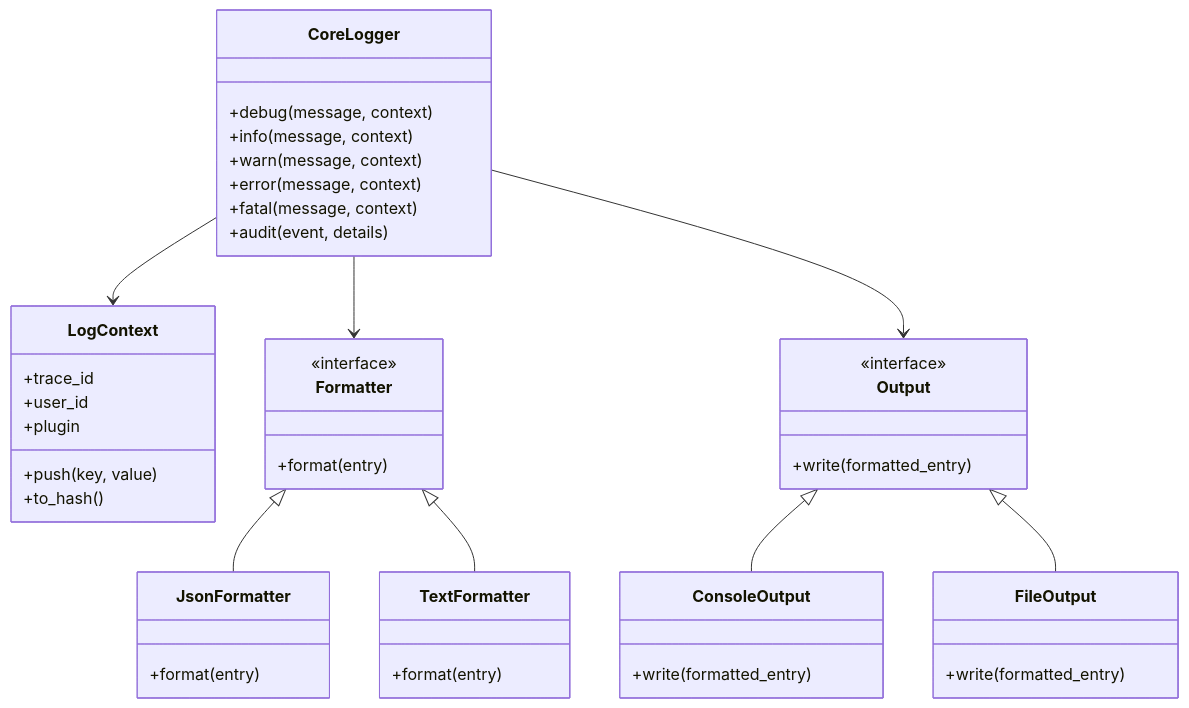
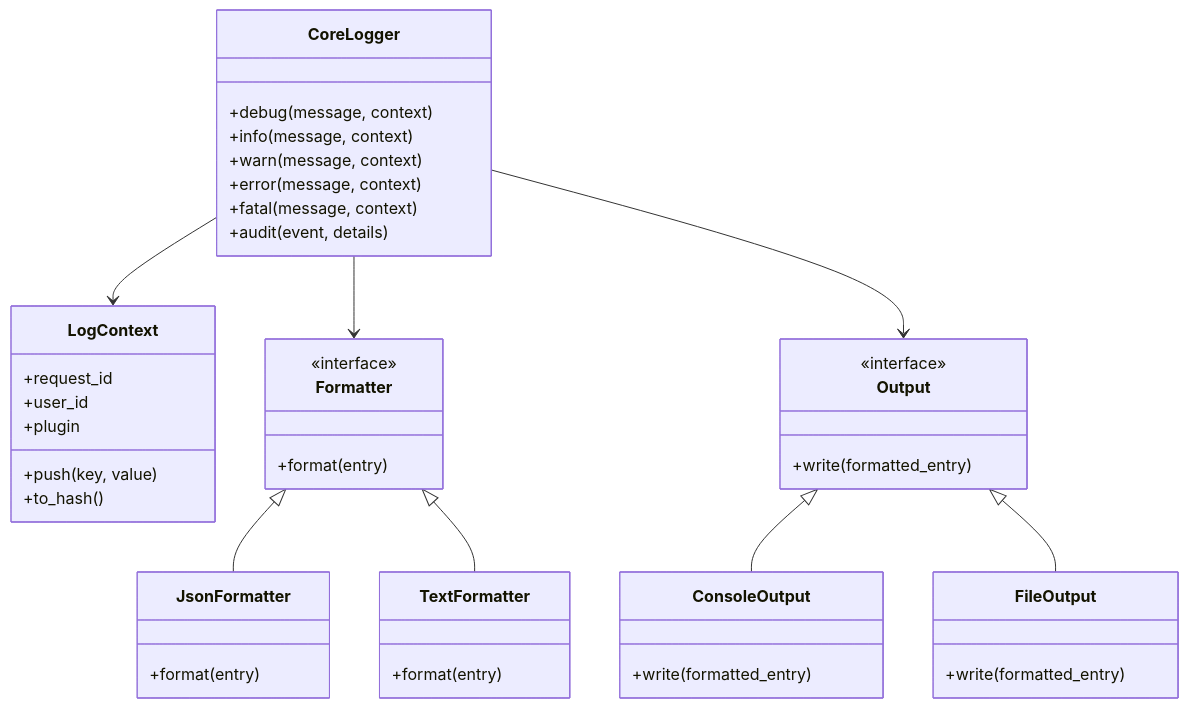
Before and after one commit to lmanliang/h8: the third of 5 diagrams in docs/core-plugin/logging/logging.md, drawn with Mermaid. The commit also changed other lines of this file and 2 other files, not shown here.

````diff
--- a/docs/core-plugin/logging/logging.md
+++ b/docs/core-plugin/logging/logging.md
@@ -144,53 +144,53 @@
 ```mermaid
 classDiagram
     class CoreLogger {
         +debug(message, context)
         +info(message, context)
         +warn(message, context)
         +error(message, context)
         +fatal(message, context)
         +audit(event, details)
     }
     
     class LogContext {
-        +trace_id
+        +request_id
         +user_id
         +plugin
         +push(key, value)
         +to_hash()
     }
     
     class Formatter {
         <<interface>>
         +format(entry)
     }
     
     class JsonFormatter {
         +format(entry)
     }
     
     class TextFormatter {
         +format(entry)
     }
     
     class Output {
         <<interface>>
         +write(formatted_entry)
     }
     
     class ConsoleOutput {
         +write(formatted_entry)
     }
     
     class FileOutput {
         +write(formatted_entry)
     }
     
     CoreLogger --> LogContext
     CoreLogger --> Formatter
     CoreLogger --> Output
     Formatter <|-- JsonFormatter
     Formatter <|-- TextFormatter
     Output <|-- ConsoleOutput
     Output <|-- FileOutput
 ```
````
